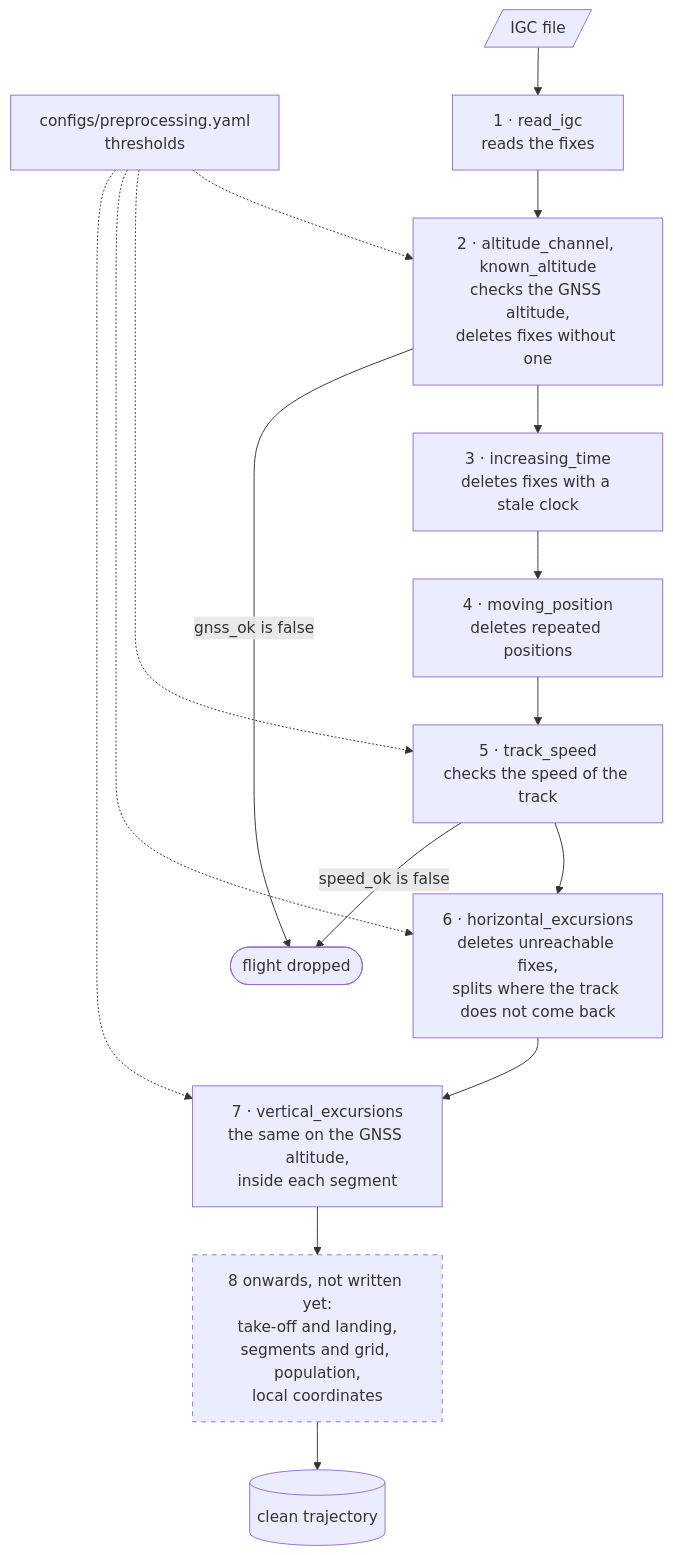
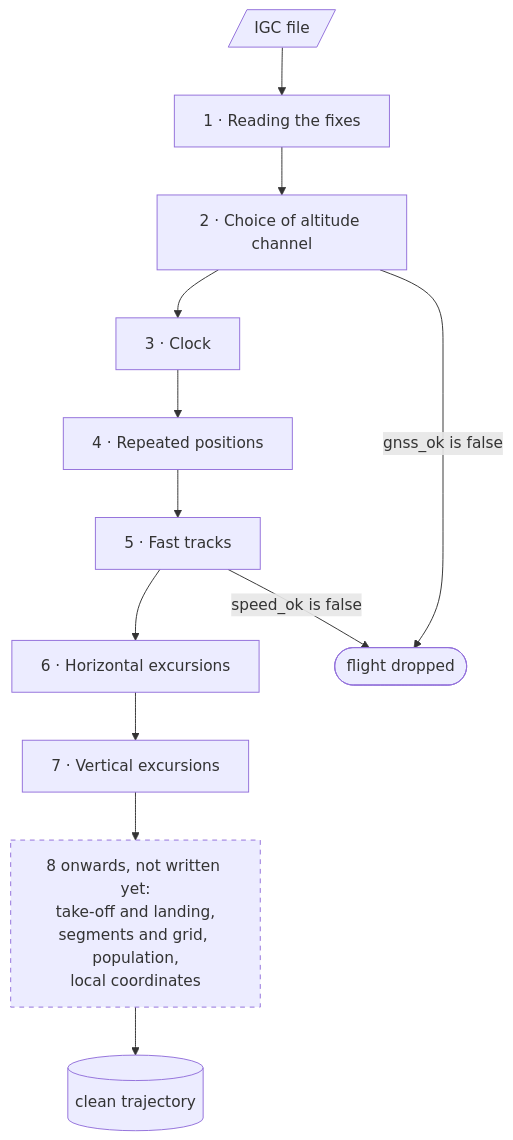
The diagram in docs/preprocessing.md (matteodisante/xc-dynamics), drawn with Mermaid before and after one commit. The commit also changed other lines of this file and 5 other files, not shown here.

````diff
--- a/docs/preprocessing.md
+++ b/docs/preprocessing.md
@@ -11,26 +10,21 @@
 ```mermaid
 flowchart TD
     igc[/"IGC file"/]
-    cfg["configs/preprocessing.yaml<br>thresholds"]
-    read["1 · read_igc<br>reads the fixes"]
-    alt["2 · altitude_channel, known_altitude<br>checks the GNSS altitude,<br>deletes fixes without one"]
-    clock["3 · increasing_time<br>deletes fixes with a stale clock"]
-    rep["4 · moving_position<br>deletes repeated positions"]
-    speed["5 · track_speed<br>checks the speed of the track"]
-    exc["6 · horizontal_excursions<br>deletes unreachable fixes,<br>splits where the track does not come back"]
-    vert["7 · vertical_excursions<br>the same on the GNSS altitude,<br>inside each segment"]
+    read["1 · Reading the fixes"]
+    alt["2 · Choice of altitude channel"]
+    clock["3 · Clock"]
+    rep["4 · Repeated positions"]
+    speed["5 · Fast tracks"]
+    exc["6 · Horizontal excursions"]
+    vert["7 · Vertical excursions"]
     todo["8 onwards, not written yet:<br>take-off and landing,<br>segments and grid, population,<br>local coordinates"]
     out[("clean trajectory")]
     drop(["flight dropped"])
 
     igc --> read --> alt --> clock --> rep --> speed --> exc --> vert --> todo --> out
     alt -->|"gnss_ok is false"| drop
     speed -->|"speed_ok is false"| drop
-    cfg -.-> alt
-    cfg -.-> speed
-    cfg -.-> exc
-    cfg -.-> vert
 
     classDef pending stroke-dasharray: 5 5
     class todo pending
 ```
````
